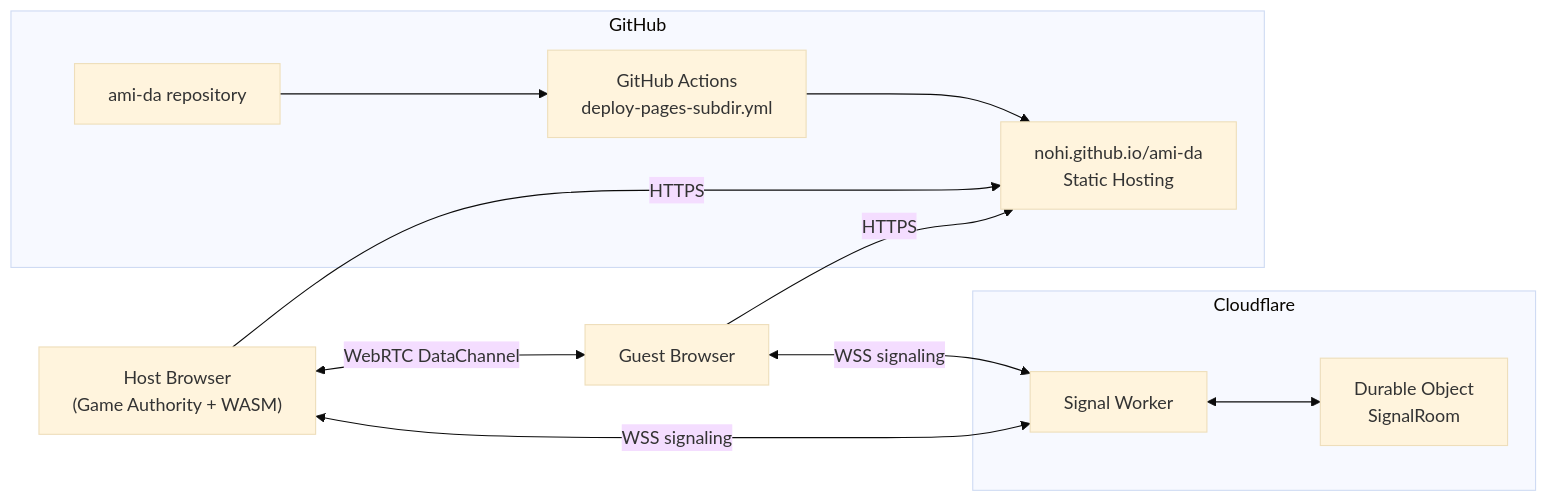
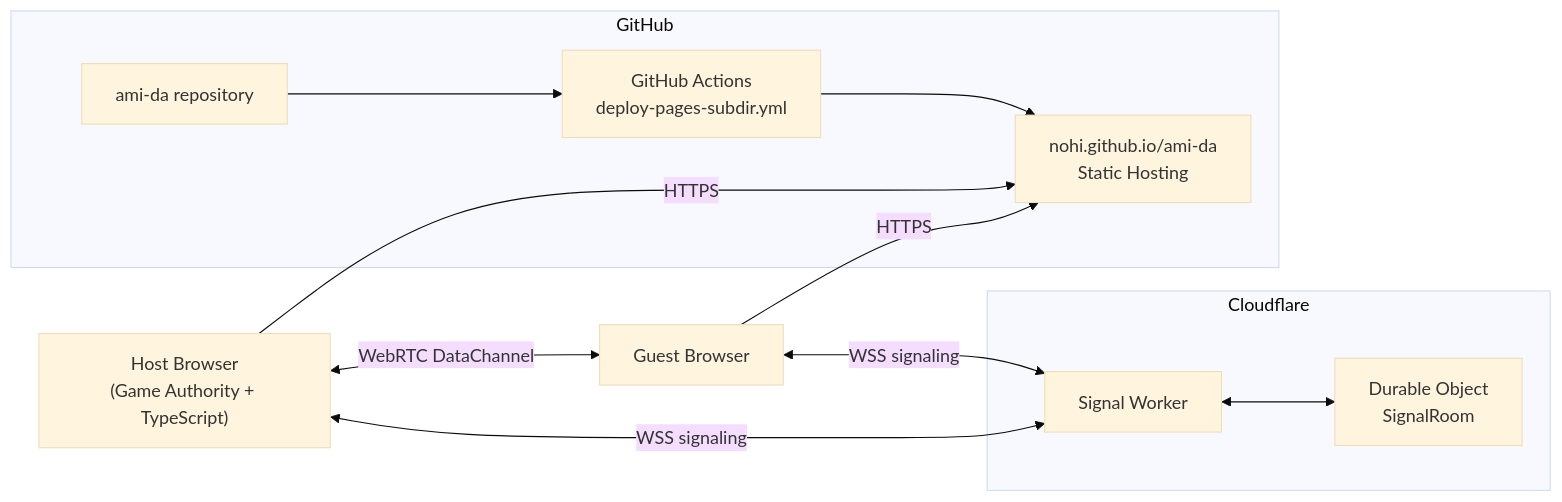
The first of 3 diagrams in doc/architecture.md (nohi/ami-da), drawn with Mermaid (base theme) before and after one commit. The commit also changed other lines of this file and 14 other files, not shown here.

````diff
--- a/doc/architecture.md
+++ b/doc/architecture.md
@@ -8,26 +8,26 @@
 ```mermaid
 flowchart LR
   subgraph GitHub["GitHub"]
     Repo["ami-da repository"]
     Pages["nohi.github.io/ami-da<br/>Static Hosting"]
     Actions["GitHub Actions<br/>deploy-pages-subdir.yml"]
   end
 
   subgraph CF["Cloudflare"]
     Worker["Signal Worker"]
     DO["Durable Object<br/>SignalRoom"]
   end
 
-  Host["Host Browser<br/>(Game Authority + WASM)"]
+  Host["Host Browser<br/>(Game Authority + TypeScript)"]
   Guest["Guest Browser"]
 
   Repo --> Actions --> Pages
   Host -->|HTTPS| Pages
   Guest -->|HTTPS| Pages
 
   Host <-->|WSS signaling| Worker
   Guest <-->|WSS signaling| Worker
   Worker <--> DO
 
   Host <-->|WebRTC DataChannel| Guest
 ```
````
